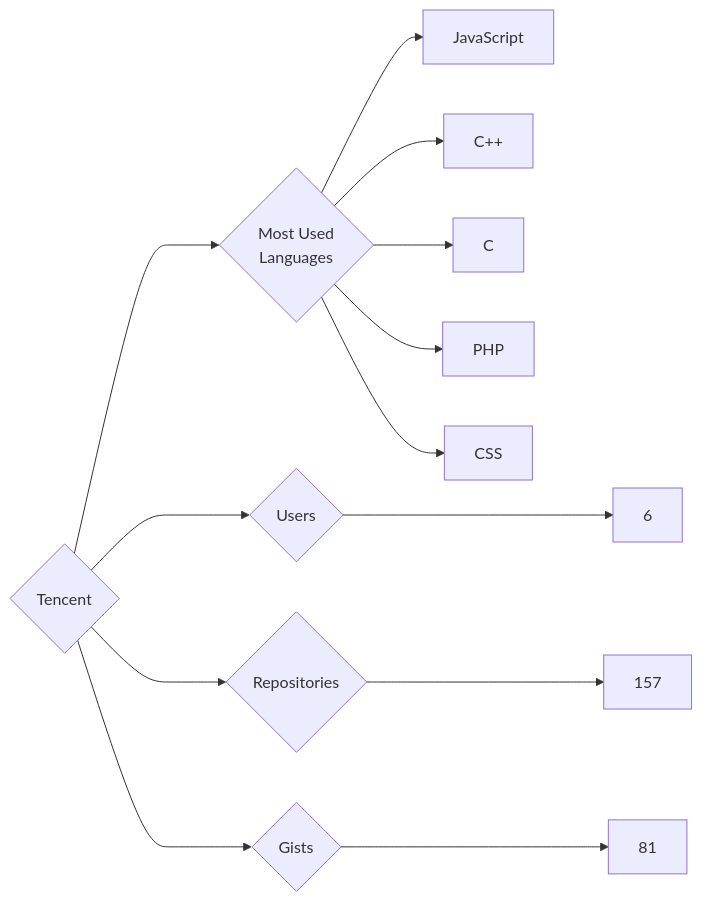
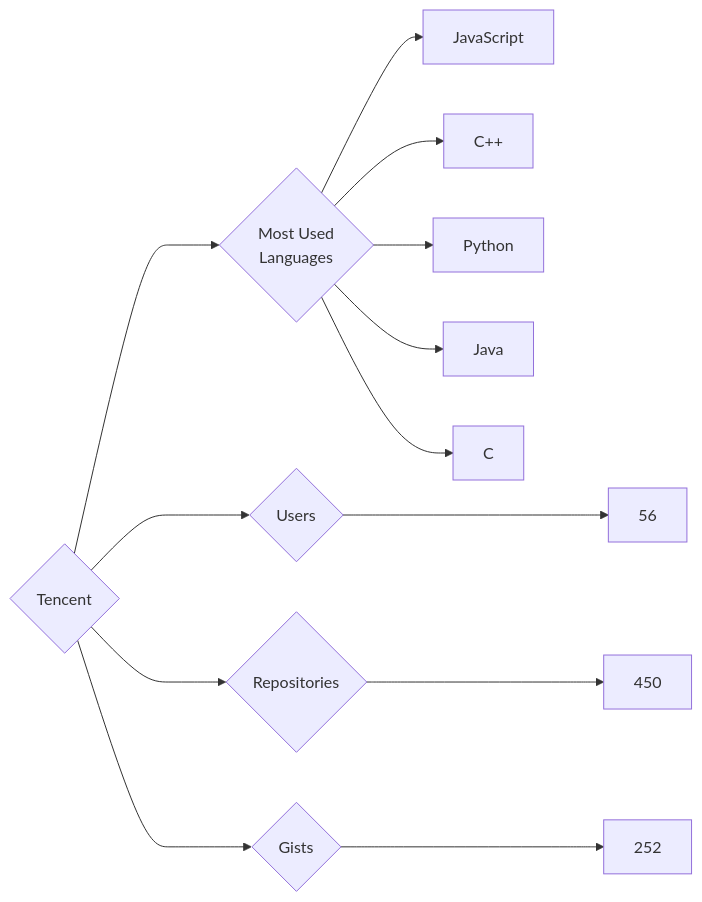
One commit to trickest/insiders changed the diagram in targets/Tencent/README.md. Above: the diagram before and after it, drawn with Mermaid. The commit also changed 948 other files, not shown here.

````diff
--- a/targets/Tencent/README.md
+++ b/targets/Tencent/README.md
@@ -3,13 +3,13 @@
 ```mermaid
 graph LR
 COMPANY_NAME{Tencent}
-COMPANY_NAME ---> U{Users} ---> UN[6]
-COMPANY_NAME ---> R{Repositories} ---> RN[157]
-COMPANY_NAME ---> G{Gists} ---> GN[81]
+COMPANY_NAME ---> U{Users} ---> UN[56]
+COMPANY_NAME ---> R{Repositories} ---> RN[450]
+COMPANY_NAME ---> G{Gists} ---> GN[252]
 COMPANY_NAME ---> ML{Most Used<br>Languages}
 ML --> JavaScript[JavaScript]
 ML --> C++[C++]
+ML --> Python[Python]
+ML --> Java[Java]
 ML --> C[C]
-ML --> PHP[PHP]
-ML --> CSS[CSS]
 ```
````
